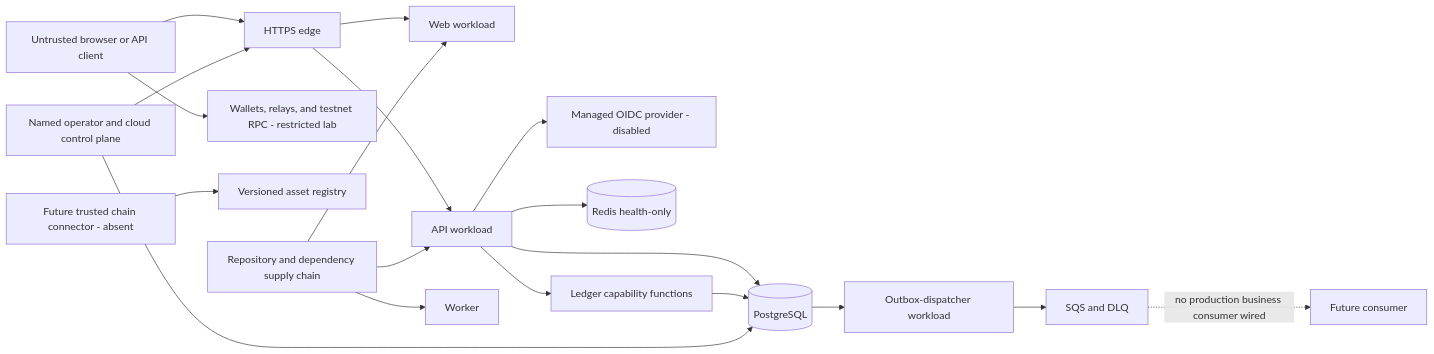
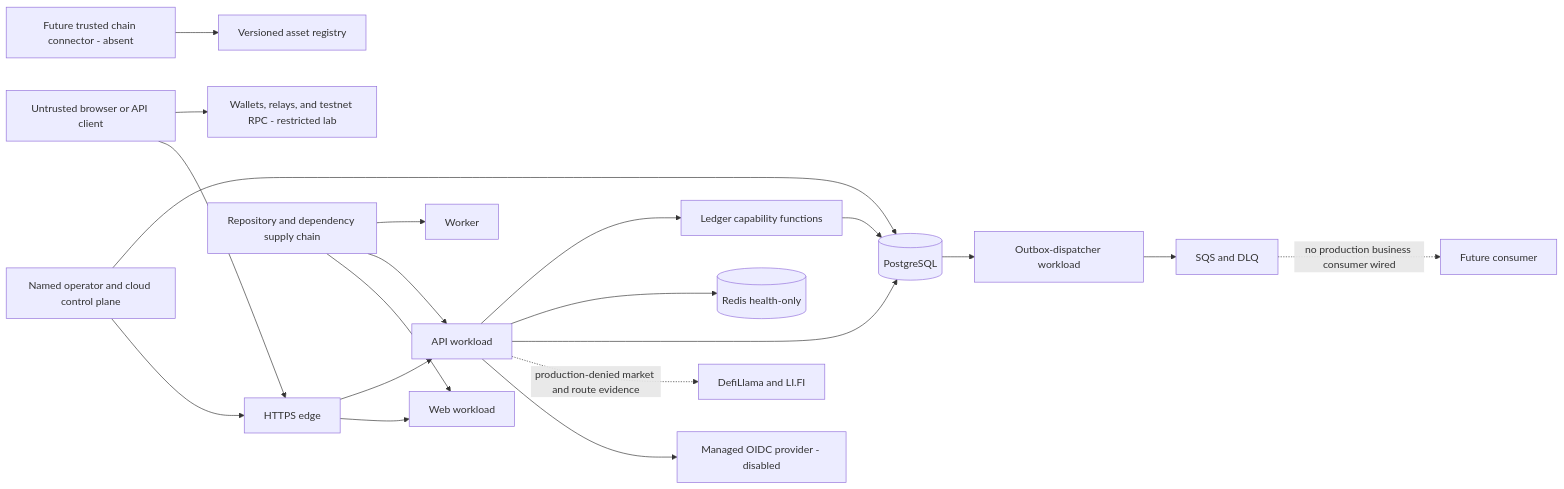
Before and after one commit to BurstCrypto/Crypto-lending: the diagram in docs/security/threat-model.md, drawn with Mermaid. The commit also changed other lines of this file and 23 other files, not shown here.

````diff
--- a/docs/security/threat-model.md
+++ b/docs/security/threat-model.md
@@ -44,21 +45,22 @@
 ```mermaid
 flowchart LR
   Client[Untrusted browser or API client] --> Edge[HTTPS edge]
   Edge --> Web[Web workload]
   Edge --> API[API workload]
   API --> IdP[Managed OIDC provider - disabled]
+  API -. production-denied market and route evidence .-> FeedVendors[DefiLlama and LI.FI]
   Client --> Wallet[Wallets, relays, and testnet RPC - restricted lab]
   API --> DB[(PostgreSQL)]
   API --> Redis[(Redis health-only)]
   DB --> Dispatcher[Outbox-dispatcher workload]
   Dispatcher --> Queue[SQS and DLQ]
   Queue -. no production business consumer wired .-> FutureConsumer[Future consumer]
   API --> Ledger[Ledger capability functions]
   Ledger --> DB
   Connector[Future trusted chain connector - absent] --> Registry[Versioned asset registry]
   Operator[Named operator and cloud control plane] --> Edge
   Operator --> DB
   Repository[Repository and dependency supply chain] --> Web
   Repository --> API
   Repository --> Worker
 ```
````
